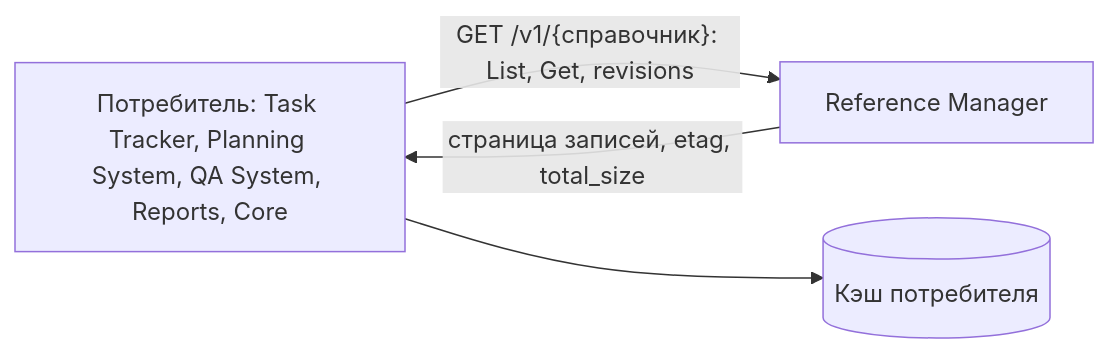
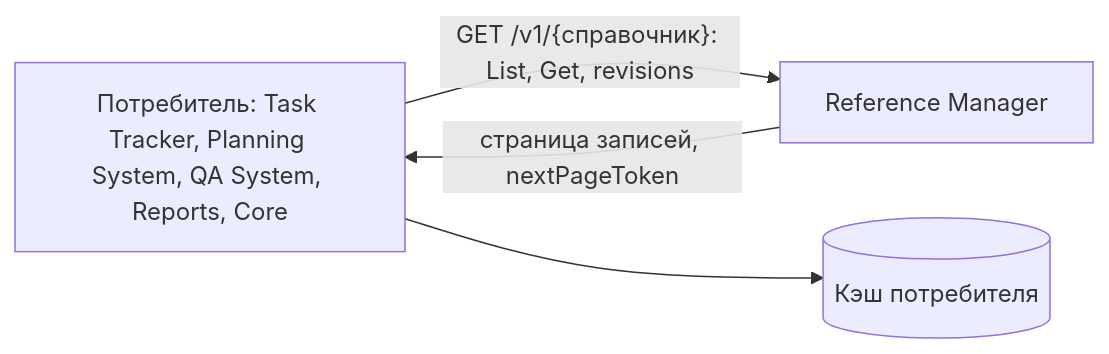
Before and after one commit to MEPhI-C22-501/arch-info-system-monorepo: the first of 6 diagrams in reference-manager/documents/162.integration-spec.md, drawn with Mermaid. The commit also changed other lines of this file and 27 other files, not shown here.

````diff
--- a/reference-manager/documents/162.integration-spec.md
+++ b/reference-manager/documents/162.integration-spec.md
@@ -27,6 +27,6 @@
 ```mermaid
 flowchart LR
     C["Потребитель: Task Tracker, Planning System, QA System, Reports, Core"] -->|"GET /v1/{справочник}: List, Get, revisions"| RM["Reference Manager"]
-    RM -->|"страница записей, etag, total_size"| C
+    RM -->|"страница записей, nextPageToken"| C
     C --> Cache[("Кэш потребителя")]
 ```
````
